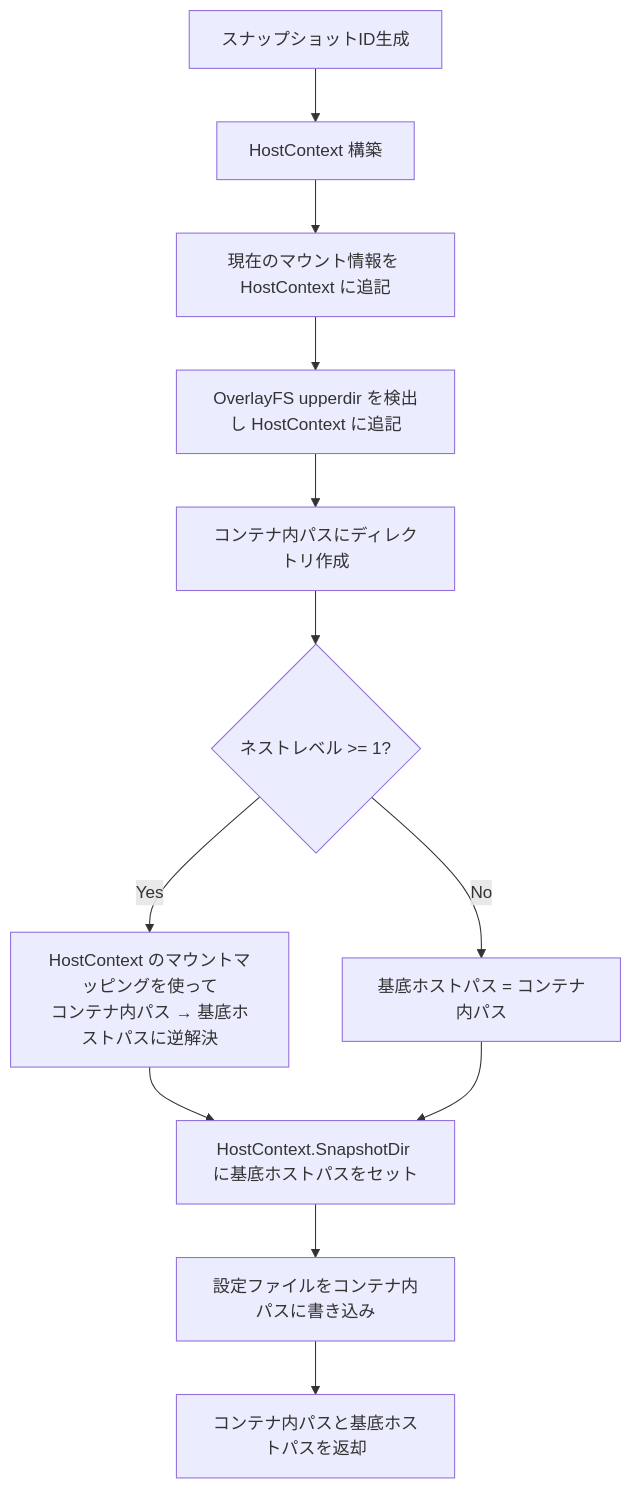
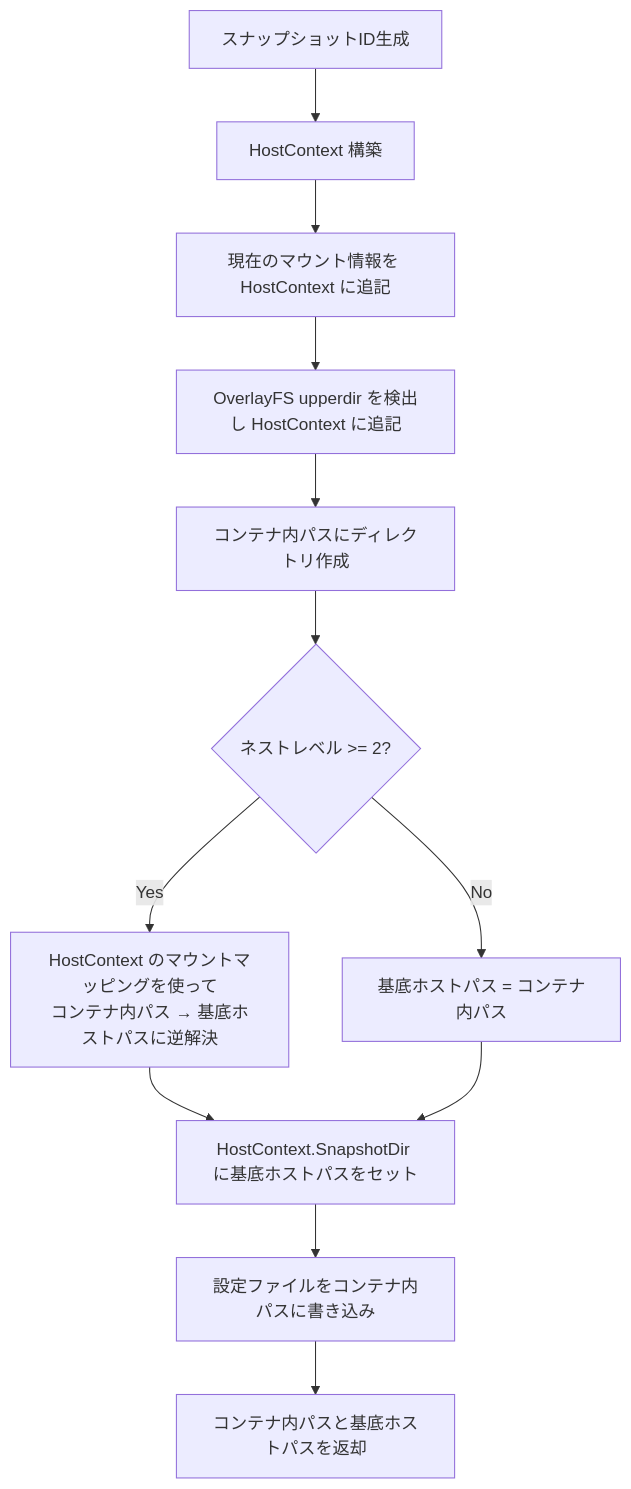
The diagram in docs/features/nested-execution.md (Tei1988/cderun), drawn with Mermaid before and after one commit. The commit also changed other lines of this file, not shown here.

Commit message:
docs: comprehensive update and technical correction of documentation
- Corrected `docs/features/nested-execution.md`: Reverse Path Resolution occurs at Level 2+ (matching `hostCtx.Level > 1` in `snapshot.go`).
- Updated README.md with accurate flag, env var, and priority (P1-P6) details.
- Enhanced argument priority logic documentation, including empty list behavior and P1 hoisting rules.
- Improved value resolution guide with {{BASE_HOME}}/{{BASE_PWD}} examples and directive search rules.
- Synchronized terminology and specific feature guides for consistency across all docs.
- Fixed markdown linting issues in feature documents.

````diff
--- a/docs/features/nested-execution.md
+++ b/docs/features/nested-execution.md
@@ -41,14 +41,14 @@
 ```mermaid
 flowchart TD
     A[スナップショットID生成] --> B[HostContext 構築]
     B --> C[現在のマウント情報を HostContext に追記]
     C --> D[OverlayFS upperdir を検出し HostContext に追記]
     D --> E[コンテナ内パスにディレクトリ作成]
-    E --> F{ネストレベル >= 1?}
+    E --> F{ネストレベル >= 2?}
     F -- Yes --> G[HostContext のマウントマッピングを使って\nコンテナ内パス → 基底ホストパスに逆解決]
     F -- No --> H[基底ホストパス = コンテナ内パス]
     G --> I[HostContext.SnapshotDir に基底ホストパスをセット]
     H --> I
     I --> J[設定ファイルをコンテナ内パスに書き込み]
     J --> K[コンテナ内パスと基底ホストパスを返却]
 ```
````
